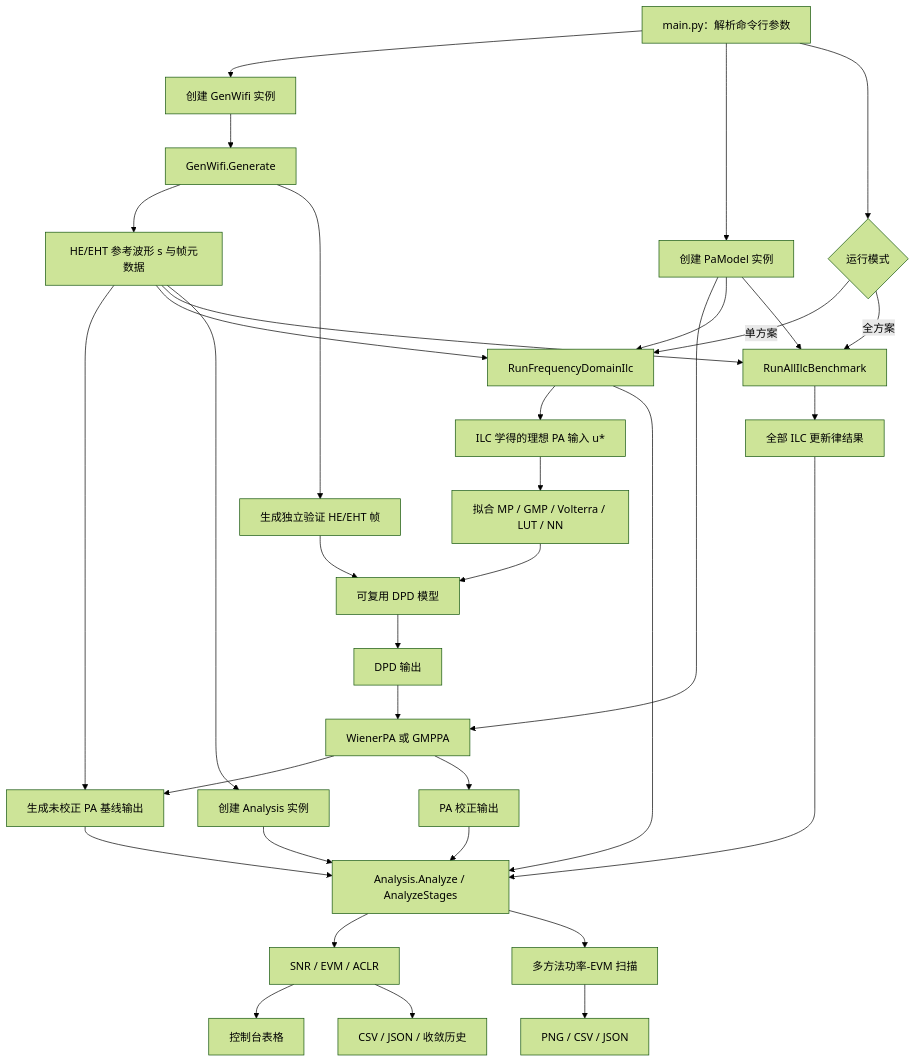
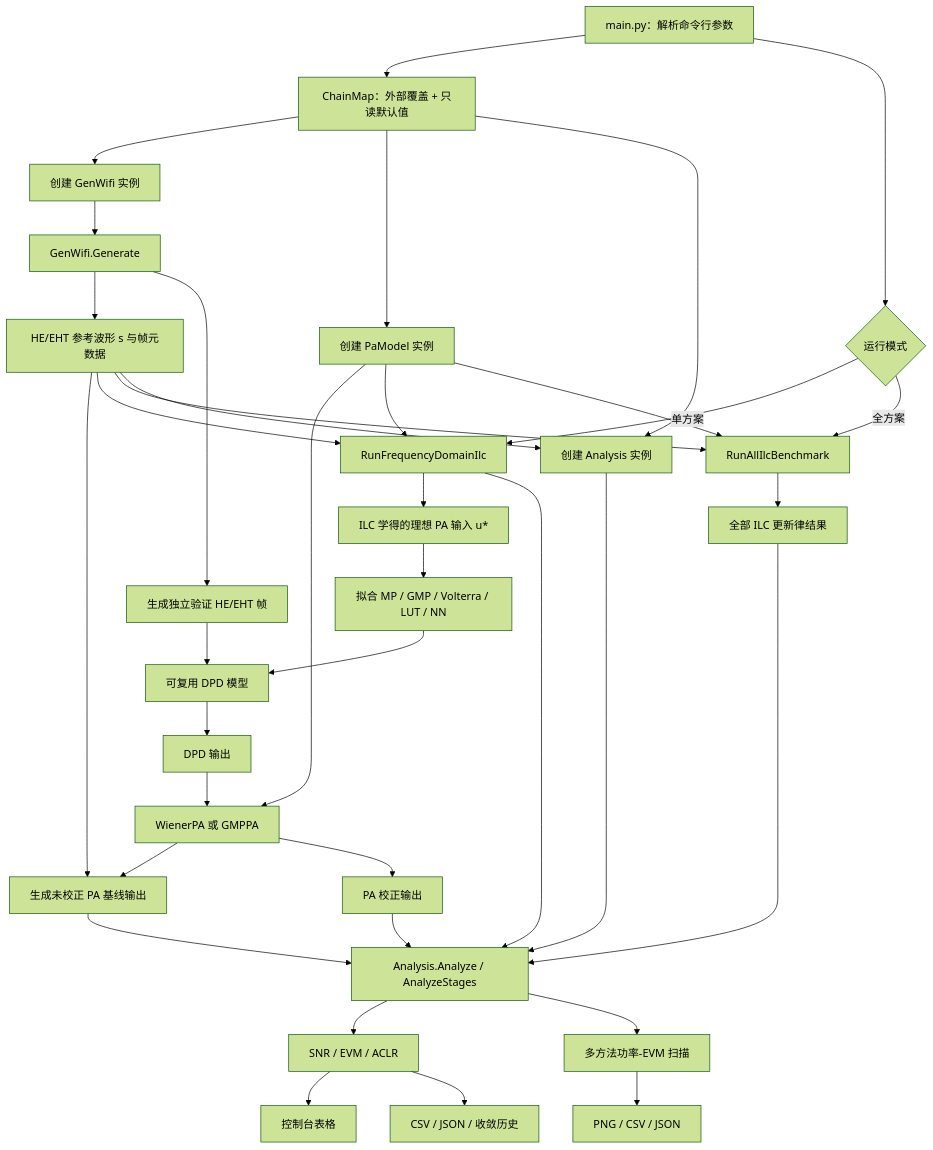
The first of 9 diagrams in README.md (niyilu45/DPD_ILC), drawn with Mermaid (forest theme) before and after one commit. The commit also changed other lines of this file and 10 other files, not shown here.

Commit message:
Add ChainMap parameter overrides

````diff
--- a/README.md
+++ b/README.md
@@ -39,42 +39,44 @@
 ```mermaid
 flowchart TD
-    start["main.py：解析命令行参数"] --> wifiGenerator["创建 GenWifi 实例"]
+    start["main.py：解析命令行参数"] --> configChain["ChainMap：外部覆盖 + 只读默认值"]
+    configChain --> wifiGenerator["创建 GenWifi 实例"]
     wifiGenerator --> waveGen["GenWifi.Generate"]
     waveGen --> reference["HE/EHT 参考波形 s 与帧元数据"]
 
-    start --> paModel["创建 PaModel 实例"]
+    configChain --> paModel["创建 PaModel 实例"]
     paModel --> paImplementation["WienerPA 或 GMPPA"]
     reference --> baseline["生成未校正 PA 基线输出"]
     paImplementation --> baseline
 
     start --> mode{"运行模式"}
     mode -->|单方案| frequencyIlc["RunFrequencyDomainIlc"]
     mode -->|全方案| benchmark["RunAllIlcBenchmark"]
     reference --> frequencyIlc
     paModel --> frequencyIlc
     reference --> benchmark
     paModel --> benchmark
 
     frequencyIlc --> learnedInput["ILC 学得的理想 PA 输入 u*"]
     benchmark --> variantResults["全部 ILC 更新律结果"]
     learnedInput --> deployFit["拟合 MP / GMP / Volterra / LUT / NN"]
     deployFit --> deployedDpd["可复用 DPD 模型"]
 
     waveGen --> validation["生成独立验证 HE/EHT 帧"]
     validation --> deployedDpd
     deployedDpd --> predistortedInput["DPD 输出"]
     predistortedInput --> paImplementation
     paImplementation --> correctedOutput["PA 校正输出"]
 
-    reference --> analysis["创建 Analysis 实例"]
+    configChain --> analysis["创建 Analysis 实例"]
+    reference --> analysis
     baseline --> analysisMethod["Analysis.Analyze / AnalyzeStages"]
     frequencyIlc --> analysisMethod
     variantResults --> analysisMethod
     correctedOutput --> analysisMethod
     analysis --> analysisMethod
     analysisMethod --> metrics["SNR / EVM / ACLR"]
     analysisMethod --> powerCurve["多方法功率-EVM 扫描"]
     metrics --> console["控制台表格"]
     metrics --> files["CSV / JSON / 收敛历史"]
     powerCurve --> curveFiles["PNG / CSV / JSON"]
 ```
````
